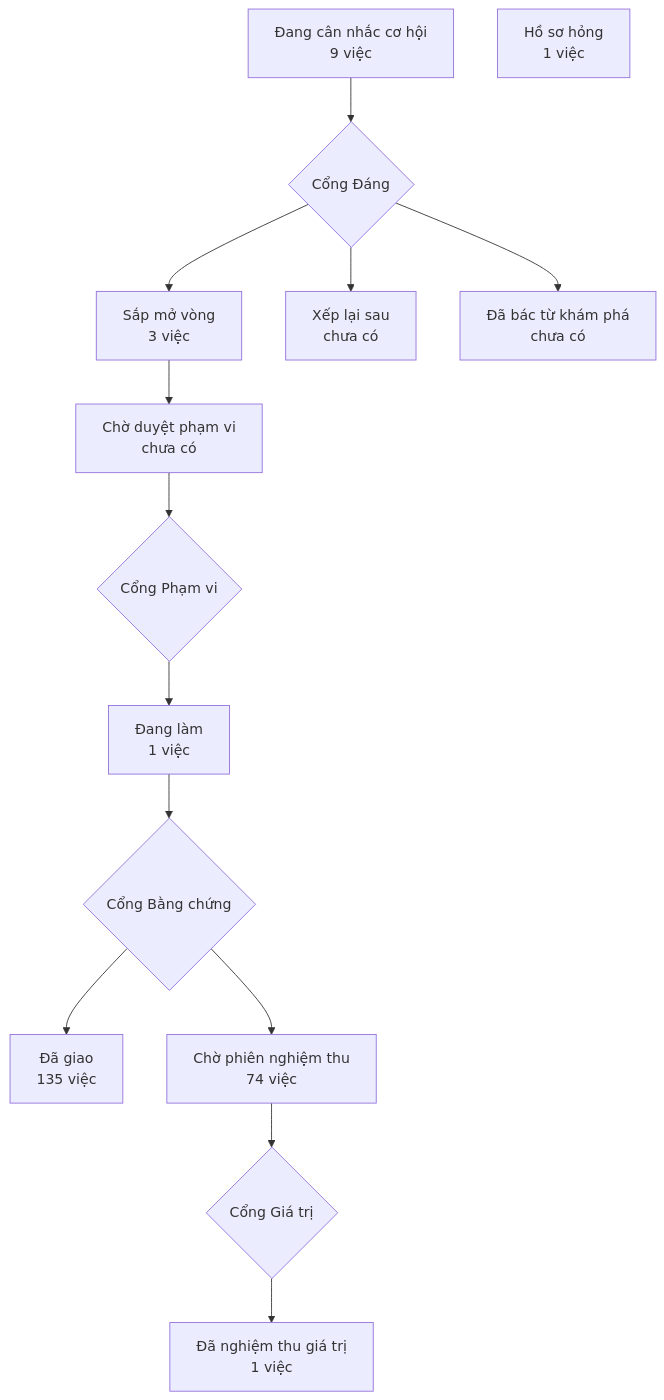
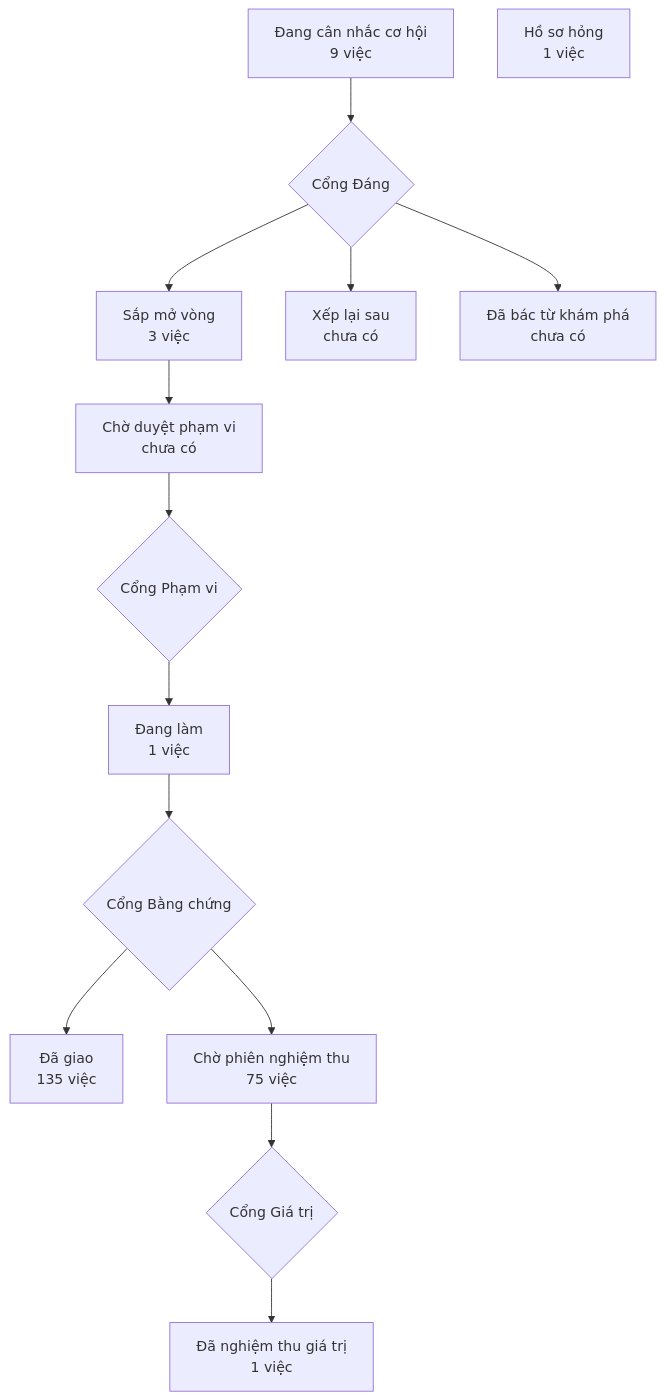
Before and after one commit to phanlemanh/crm-onehub: the diagram in PRODUCT-MAP.md, drawn with Mermaid. The commit also changed other lines of this file and 1 other file, not shown here.

Commit message:
docs(giam-phut-acceptance): vẽ lại bản đồ sản phẩm từ bản sạch

````diff
--- a/PRODUCT-MAP.md
+++ b/PRODUCT-MAP.md
@@ -7,13 +7,13 @@
 ```mermaid
 flowchart TD
   A["Đang cân nhắc cơ hội<br/>9 việc"] --> GD{"Cổng Đáng"}
   GD --> B["Sắp mở vòng<br/>3 việc"]
   GD --> XL["Xếp lại sau<br/>chưa có"]
   GD --> DB["Đã bác từ khám phá<br/>chưa có"]
   B --> CD["Chờ duyệt phạm vi<br/>chưa có"] --> GP{"Cổng Phạm vi"}
   GP --> DL["Đang làm<br/>1 việc"] --> GB{"Cổng Bằng chứng"}
   GB --> DG["Đã giao<br/>135 việc"]
-  GB --> CN["Chờ phiên nghiệm thu<br/>74 việc"] --> GG{"Cổng Giá trị"}
+  GB --> CN["Chờ phiên nghiệm thu<br/>75 việc"] --> GG{"Cổng Giá trị"}
   GG --> NT["Đã nghiệm thu giá trị<br/>1 việc"]
   HS["Hồ sơ hỏng<br/>1 việc"]
 ```
````
